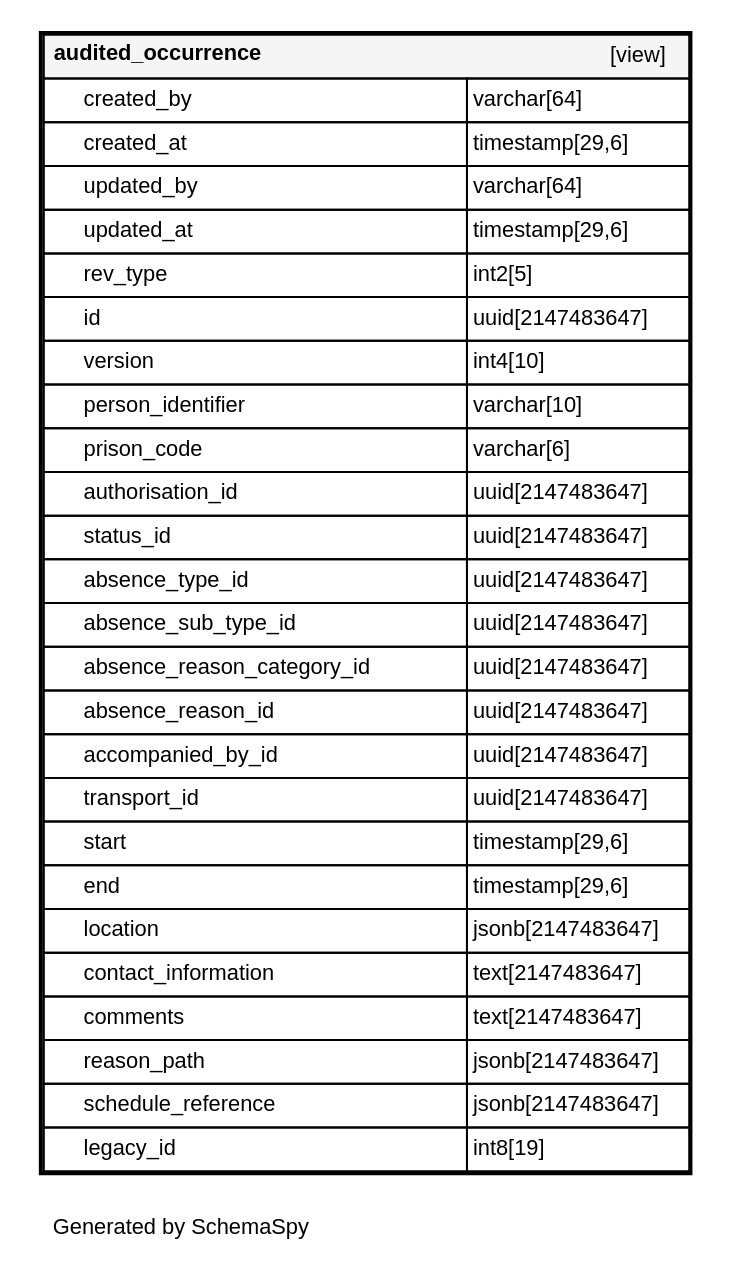
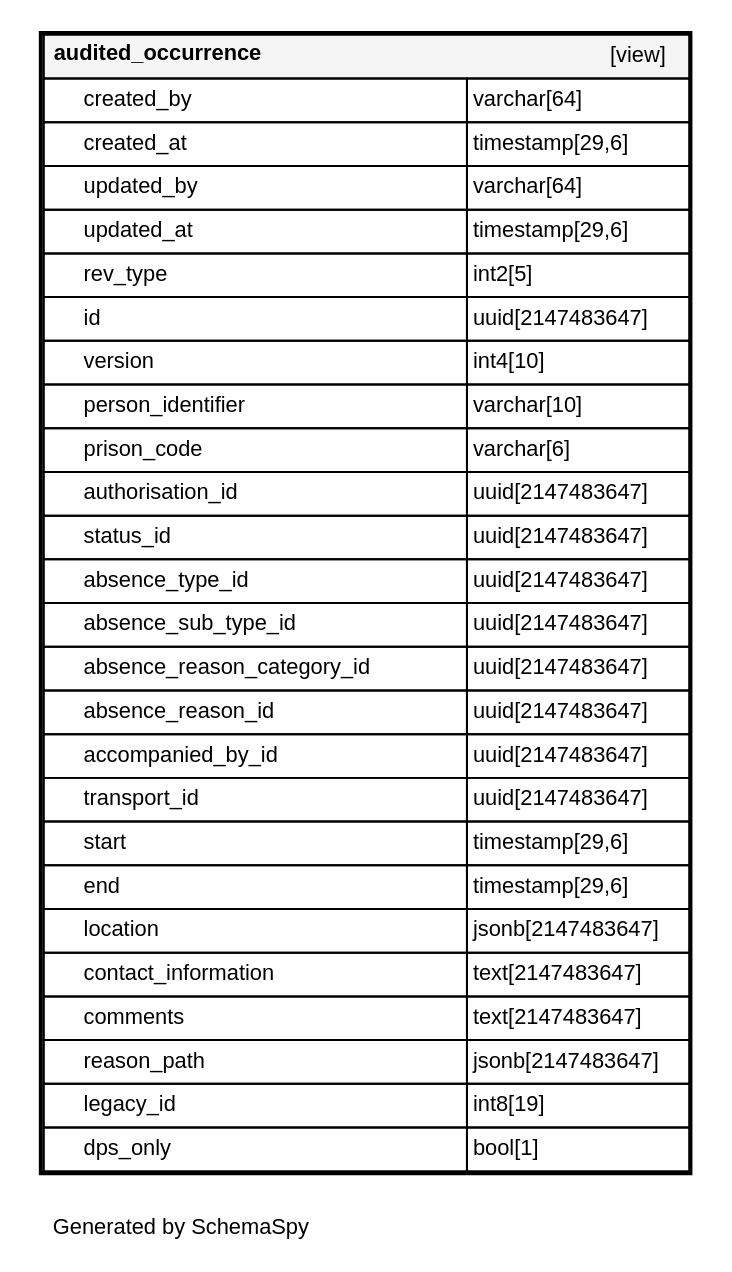
Before and after one commit to ministryofjustice/hmpps-external-movements-api: the diagram in schema-spy-report/tap/diagrams/tables/audited_occurrence.1degree.dot, drawn with Graphviz. The commit also changed 24 other files, not shown here.

```diff
--- a/schema-spy-report/tap/diagrams/tables/audited_occurrence.1degree.dot
+++ b/schema-spy-report/tap/diagrams/tables/audited_occurrence.1degree.dot
@@ -1,37 +1,37 @@
 digraph "oneDegreeRelationshipsDiagram" {
   graph [    rankdir="RL"    bgcolor="#ffffff"    label="\nGenerated by SchemaSpy"    labeljust="l"    nodesep="0.18"    ranksep="0.46"    fontname="Helvetica"    fontsize="11"    ration="compress"  ];  node [    fontname="Helvetica"    fontsize="11"    shape="plaintext"  ];  edge [    arrowsize="0.8"  ];
   "audited_occurrence" [
    label=<
     <TABLE BORDER="2" CELLBORDER="1" CELLSPACING="0" BGCOLOR="#ffffff">
       <TR><TD COLSPAN="4"  BGCOLOR="#f5f5f5"><TABLE BORDER="0" CELLSPACING="0"><TR><TD ALIGN="LEFT" FIXEDSIZE="TRUE" WIDTH="132" HEIGHT="16"><B>audited_occurrence</B></TD><TD ALIGN="RIGHT">[view]</TD></TR></TABLE></TD></TR>
       <TR><TD PORT="created_by" COLSPAN="2" ALIGN="LEFT"><TABLE BORDER="0" CELLSPACING="0" ALIGN="LEFT"><TR ALIGN="LEFT"><TD ALIGN="LEFT" FIXEDSIZE="TRUE" WIDTH="15" HEIGHT="16"></TD><TD ALIGN="LEFT" FIXEDSIZE="TRUE" WIDTH="192" HEIGHT="16">created_by</TD></TR></TABLE></TD><TD PORT="created_by.type" ALIGN="LEFT">varchar[64]</TD></TR>
       <TR><TD PORT="created_at" COLSPAN="2" ALIGN="LEFT"><TABLE BORDER="0" CELLSPACING="0" ALIGN="LEFT"><TR ALIGN="LEFT"><TD ALIGN="LEFT" FIXEDSIZE="TRUE" WIDTH="15" HEIGHT="16"></TD><TD ALIGN="LEFT" FIXEDSIZE="TRUE" WIDTH="192" HEIGHT="16">created_at</TD></TR></TABLE></TD><TD PORT="created_at.type" ALIGN="LEFT">timestamp[29,6]</TD></TR>
       <TR><TD PORT="updated_by" COLSPAN="2" ALIGN="LEFT"><TABLE BORDER="0" CELLSPACING="0" ALIGN="LEFT"><TR ALIGN="LEFT"><TD ALIGN="LEFT" FIXEDSIZE="TRUE" WIDTH="15" HEIGHT="16"></TD><TD ALIGN="LEFT" FIXEDSIZE="TRUE" WIDTH="192" HEIGHT="16">updated_by</TD></TR></TABLE></TD><TD PORT="updated_by.type" ALIGN="LEFT">varchar[64]</TD></TR>
       <TR><TD PORT="updated_at" COLSPAN="2" ALIGN="LEFT"><TABLE BORDER="0" CELLSPACING="0" ALIGN="LEFT"><TR ALIGN="LEFT"><TD ALIGN="LEFT" FIXEDSIZE="TRUE" WIDTH="15" HEIGHT="16"></TD><TD ALIGN="LEFT" FIXEDSIZE="TRUE" WIDTH="192" HEIGHT="16">updated_at</TD></TR></TABLE></TD><TD PORT="updated_at.type" ALIGN="LEFT">timestamp[29,6]</TD></TR>
       <TR><TD PORT="rev_type" COLSPAN="2" ALIGN="LEFT"><TABLE BORDER="0" CELLSPACING="0" ALIGN="LEFT"><TR ALIGN="LEFT"><TD ALIGN="LEFT" FIXEDSIZE="TRUE" WIDTH="15" HEIGHT="16"></TD><TD ALIGN="LEFT" FIXEDSIZE="TRUE" WIDTH="192" HEIGHT="16">rev_type</TD></TR></TABLE></TD><TD PORT="rev_type.type" ALIGN="LEFT">int2[5]</TD></TR>
       <TR><TD PORT="id" COLSPAN="2" ALIGN="LEFT"><TABLE BORDER="0" CELLSPACING="0" ALIGN="LEFT"><TR ALIGN="LEFT"><TD ALIGN="LEFT" FIXEDSIZE="TRUE" WIDTH="15" HEIGHT="16"></TD><TD ALIGN="LEFT" FIXEDSIZE="TRUE" WIDTH="192" HEIGHT="16">id</TD></TR></TABLE></TD><TD PORT="id.type" ALIGN="LEFT">uuid[2147483647]</TD></TR>
       <TR><TD PORT="version" COLSPAN="2" ALIGN="LEFT"><TABLE BORDER="0" CELLSPACING="0" ALIGN="LEFT"><TR ALIGN="LEFT"><TD ALIGN="LEFT" FIXEDSIZE="TRUE" WIDTH="15" HEIGHT="16"></TD><TD ALIGN="LEFT" FIXEDSIZE="TRUE" WIDTH="192" HEIGHT="16">version</TD></TR></TABLE></TD><TD PORT="version.type" ALIGN="LEFT">int4[10]</TD></TR>
       <TR><TD PORT="person_identifier" COLSPAN="2" ALIGN="LEFT"><TABLE BORDER="0" CELLSPACING="0" ALIGN="LEFT"><TR ALIGN="LEFT"><TD ALIGN="LEFT" FIXEDSIZE="TRUE" WIDTH="15" HEIGHT="16"></TD><TD ALIGN="LEFT" FIXEDSIZE="TRUE" WIDTH="192" HEIGHT="16">person_identifier</TD></TR></TABLE></TD><TD PORT="person_identifier.type" ALIGN="LEFT">varchar[10]</TD></TR>
       <TR><TD PORT="prison_code" COLSPAN="2" ALIGN="LEFT"><TABLE BORDER="0" CELLSPACING="0" ALIGN="LEFT"><TR ALIGN="LEFT"><TD ALIGN="LEFT" FIXEDSIZE="TRUE" WIDTH="15" HEIGHT="16"></TD><TD ALIGN="LEFT" FIXEDSIZE="TRUE" WIDTH="192" HEIGHT="16">prison_code</TD></TR></TABLE></TD><TD PORT="prison_code.type" ALIGN="LEFT">varchar[6]</TD></TR>
       <TR><TD PORT="authorisation_id" COLSPAN="2" ALIGN="LEFT"><TABLE BORDER="0" CELLSPACING="0" ALIGN="LEFT"><TR ALIGN="LEFT"><TD ALIGN="LEFT" FIXEDSIZE="TRUE" WIDTH="15" HEIGHT="16"></TD><TD ALIGN="LEFT" FIXEDSIZE="TRUE" WIDTH="192" HEIGHT="16">authorisation_id</TD></TR></TABLE></TD><TD PORT="authorisation_id.type" ALIGN="LEFT">uuid[2147483647]</TD></TR>
       <TR><TD PORT="status_id" COLSPAN="2" ALIGN="LEFT"><TABLE BORDER="0" CELLSPACING="0" ALIGN="LEFT"><TR ALIGN="LEFT"><TD ALIGN="LEFT" FIXEDSIZE="TRUE" WIDTH="15" HEIGHT="16"></TD><TD ALIGN="LEFT" FIXEDSIZE="TRUE" WIDTH="192" HEIGHT="16">status_id</TD></TR></TABLE></TD><TD PORT="status_id.type" ALIGN="LEFT">uuid[2147483647]</TD></TR>
       <TR><TD PORT="absence_type_id" COLSPAN="2" ALIGN="LEFT"><TABLE BORDER="0" CELLSPACING="0" ALIGN="LEFT"><TR ALIGN="LEFT"><TD ALIGN="LEFT" FIXEDSIZE="TRUE" WIDTH="15" HEIGHT="16"></TD><TD ALIGN="LEFT" FIXEDSIZE="TRUE" WIDTH="192" HEIGHT="16">absence_type_id</TD></TR></TABLE></TD><TD PORT="absence_type_id.type" ALIGN="LEFT">uuid[2147483647]</TD></TR>
       <TR><TD PORT="absence_sub_type_id" COLSPAN="2" ALIGN="LEFT"><TABLE BORDER="0" CELLSPACING="0" ALIGN="LEFT"><TR ALIGN="LEFT"><TD ALIGN="LEFT" FIXEDSIZE="TRUE" WIDTH="15" HEIGHT="16"></TD><TD ALIGN="LEFT" FIXEDSIZE="TRUE" WIDTH="192" HEIGHT="16">absence_sub_type_id</TD></TR></TABLE></TD><TD PORT="absence_sub_type_id.type" ALIGN="LEFT">uuid[2147483647]</TD></TR>
       <TR><TD PORT="absence_reason_category_id" COLSPAN="2" ALIGN="LEFT"><TABLE BORDER="0" CELLSPACING="0" ALIGN="LEFT"><TR ALIGN="LEFT"><TD ALIGN="LEFT" FIXEDSIZE="TRUE" WIDTH="15" HEIGHT="16"></TD><TD ALIGN="LEFT" FIXEDSIZE="TRUE" WIDTH="192" HEIGHT="16">absence_reason_category_id</TD></TR></TABLE></TD><TD PORT="absence_reason_category_id.type" ALIGN="LEFT">uuid[2147483647]</TD></TR>
       <TR><TD PORT="absence_reason_id" COLSPAN="2" ALIGN="LEFT"><TABLE BORDER="0" CELLSPACING="0" ALIGN="LEFT"><TR ALIGN="LEFT"><TD ALIGN="LEFT" FIXEDSIZE="TRUE" WIDTH="15" HEIGHT="16"></TD><TD ALIGN="LEFT" FIXEDSIZE="TRUE" WIDTH="192" HEIGHT="16">absence_reason_id</TD></TR></TABLE></TD><TD PORT="absence_reason_id.type" ALIGN="LEFT">uuid[2147483647]</TD></TR>
       <TR><TD PORT="accompanied_by_id" COLSPAN="2" ALIGN="LEFT"><TABLE BORDER="0" CELLSPACING="0" ALIGN="LEFT"><TR ALIGN="LEFT"><TD ALIGN="LEFT" FIXEDSIZE="TRUE" WIDTH="15" HEIGHT="16"></TD><TD ALIGN="LEFT" FIXEDSIZE="TRUE" WIDTH="192" HEIGHT="16">accompanied_by_id</TD></TR></TABLE></TD><TD PORT="accompanied_by_id.type" ALIGN="LEFT">uuid[2147483647]</TD></TR>
       <TR><TD PORT="transport_id" COLSPAN="2" ALIGN="LEFT"><TABLE BORDER="0" CELLSPACING="0" ALIGN="LEFT"><TR ALIGN="LEFT"><TD ALIGN="LEFT" FIXEDSIZE="TRUE" WIDTH="15" HEIGHT="16"></TD><TD ALIGN="LEFT" FIXEDSIZE="TRUE" WIDTH="192" HEIGHT="16">transport_id</TD></TR></TABLE></TD><TD PORT="transport_id.type" ALIGN="LEFT">uuid[2147483647]</TD></TR>
       <TR><TD PORT="start" COLSPAN="2" ALIGN="LEFT"><TABLE BORDER="0" CELLSPACING="0" ALIGN="LEFT"><TR ALIGN="LEFT"><TD ALIGN="LEFT" FIXEDSIZE="TRUE" WIDTH="15" HEIGHT="16"></TD><TD ALIGN="LEFT" FIXEDSIZE="TRUE" WIDTH="192" HEIGHT="16">start</TD></TR></TABLE></TD><TD PORT="start.type" ALIGN="LEFT">timestamp[29,6]</TD></TR>
       <TR><TD PORT="end" COLSPAN="2" ALIGN="LEFT"><TABLE BORDER="0" CELLSPACING="0" ALIGN="LEFT"><TR ALIGN="LEFT"><TD ALIGN="LEFT" FIXEDSIZE="TRUE" WIDTH="15" HEIGHT="16"></TD><TD ALIGN="LEFT" FIXEDSIZE="TRUE" WIDTH="192" HEIGHT="16">end</TD></TR></TABLE></TD><TD PORT="end.type" ALIGN="LEFT">timestamp[29,6]</TD></TR>
       <TR><TD PORT="location" COLSPAN="2" ALIGN="LEFT"><TABLE BORDER="0" CELLSPACING="0" ALIGN="LEFT"><TR ALIGN="LEFT"><TD ALIGN="LEFT" FIXEDSIZE="TRUE" WIDTH="15" HEIGHT="16"></TD><TD ALIGN="LEFT" FIXEDSIZE="TRUE" WIDTH="192" HEIGHT="16">location</TD></TR></TABLE></TD><TD PORT="location.type" ALIGN="LEFT">jsonb[2147483647]</TD></TR>
       <TR><TD PORT="contact_information" COLSPAN="2" ALIGN="LEFT"><TABLE BORDER="0" CELLSPACING="0" ALIGN="LEFT"><TR ALIGN="LEFT"><TD ALIGN="LEFT" FIXEDSIZE="TRUE" WIDTH="15" HEIGHT="16"></TD><TD ALIGN="LEFT" FIXEDSIZE="TRUE" WIDTH="192" HEIGHT="16">contact_information</TD></TR></TABLE></TD><TD PORT="contact_information.type" ALIGN="LEFT">text[2147483647]</TD></TR>
       <TR><TD PORT="comments" COLSPAN="2" ALIGN="LEFT"><TABLE BORDER="0" CELLSPACING="0" ALIGN="LEFT"><TR ALIGN="LEFT"><TD ALIGN="LEFT" FIXEDSIZE="TRUE" WIDTH="15" HEIGHT="16"></TD><TD ALIGN="LEFT" FIXEDSIZE="TRUE" WIDTH="192" HEIGHT="16">comments</TD></TR></TABLE></TD><TD PORT="comments.type" ALIGN="LEFT">text[2147483647]</TD></TR>
       <TR><TD PORT="reason_path" COLSPAN="2" ALIGN="LEFT"><TABLE BORDER="0" CELLSPACING="0" ALIGN="LEFT"><TR ALIGN="LEFT"><TD ALIGN="LEFT" FIXEDSIZE="TRUE" WIDTH="15" HEIGHT="16"></TD><TD ALIGN="LEFT" FIXEDSIZE="TRUE" WIDTH="192" HEIGHT="16">reason_path</TD></TR></TABLE></TD><TD PORT="reason_path.type" ALIGN="LEFT">jsonb[2147483647]</TD></TR>
-      <TR><TD PORT="schedule_reference" COLSPAN="2" ALIGN="LEFT"><TABLE BORDER="0" CELLSPACING="0" ALIGN="LEFT"><TR ALIGN="LEFT"><TD ALIGN="LEFT" FIXEDSIZE="TRUE" WIDTH="15" HEIGHT="16"></TD><TD ALIGN="LEFT" FIXEDSIZE="TRUE" WIDTH="192" HEIGHT="16">schedule_reference</TD></TR></TABLE></TD><TD PORT="schedule_reference.type" ALIGN="LEFT">jsonb[2147483647]</TD></TR>
       <TR><TD PORT="legacy_id" COLSPAN="2" ALIGN="LEFT"><TABLE BORDER="0" CELLSPACING="0" ALIGN="LEFT"><TR ALIGN="LEFT"><TD ALIGN="LEFT" FIXEDSIZE="TRUE" WIDTH="15" HEIGHT="16"></TD><TD ALIGN="LEFT" FIXEDSIZE="TRUE" WIDTH="192" HEIGHT="16">legacy_id</TD></TR></TABLE></TD><TD PORT="legacy_id.type" ALIGN="LEFT">int8[19]</TD></TR>
+      <TR><TD PORT="dps_only" COLSPAN="2" ALIGN="LEFT"><TABLE BORDER="0" CELLSPACING="0" ALIGN="LEFT"><TR ALIGN="LEFT"><TD ALIGN="LEFT" FIXEDSIZE="TRUE" WIDTH="15" HEIGHT="16"></TD><TD ALIGN="LEFT" FIXEDSIZE="TRUE" WIDTH="192" HEIGHT="16">dps_only</TD></TR></TABLE></TD><TD PORT="dps_only.type" ALIGN="LEFT">bool[1]</TD></TR>
     </TABLE>>
     URL="../../tables/audited_occurrence.html"
     target="_top"
     tooltip="audited_occurrence"
   ];
 }
```
